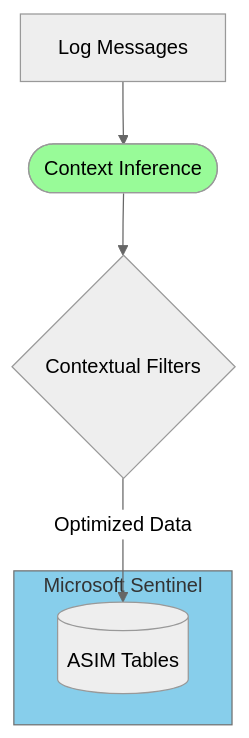
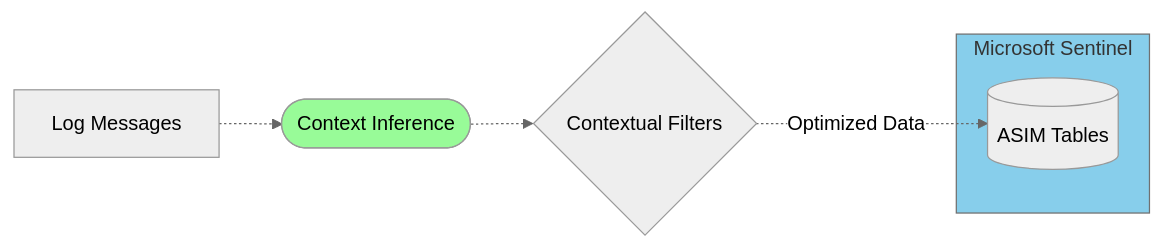
Before and after one commit to VirtualMetric/virtualmetric-docs: the seventh of 7 diagrams in docs/README.mdx, drawn with Mermaid (neutral theme). The commit also changed other lines of this file, not shown here.

Commit message:
Edited the about graphics

````diff
--- a/docs/README.mdx
+++ b/docs/README.mdx
@@ -202,14 +198,14 @@
 ```mermaid
-graph TD
-    Log[Log Messages] --> Context([Context Inference])
-    Context --> Filter{Contextual Filters}
+graph LR
+    Log[Log Messages] -.-> Context([Context Inference])
+    Context -.-> Filter{Contextual Filters}
     
     subgraph Sentinel[Microsoft Sentinel]
         ASIM[(ASIM Tables)]
     end
     
-    Filter --> |Optimized Data| ASIM
+    Filter -.-> |Optimized Data| ASIM
     
     style Sentinel fill:#87CEEB
     style Context fill:#98FB98
 ```
````
